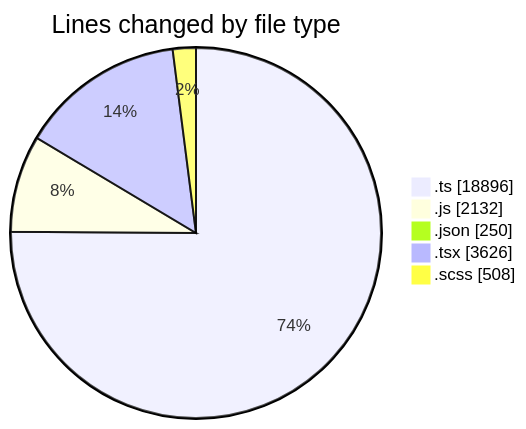
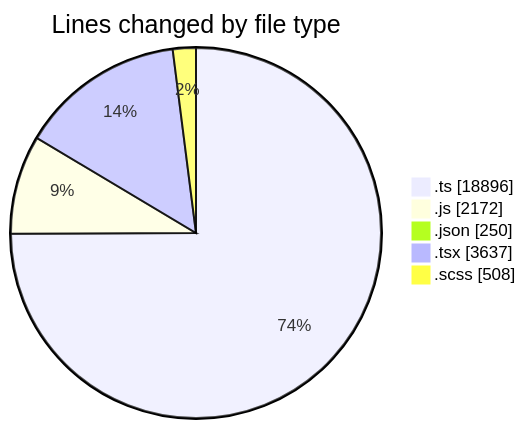
The first of 2 diagrams in 2026-06-18/cda/README.md (momahboobian/code-tracking), drawn with Mermaid before and after one commit. The commit also changed other lines of this file and 1 other file, not shown here.

````diff
--- a/2026-06-18/cda/README.md
+++ b/2026-06-18/cda/README.md
@@ -70,9 +70,9 @@
 ```mermaid
 pie showData
 title Lines changed by file type
 ".ts" : 18896
-".js" : 2132
+".js" : 2172
 ".json" : 250
-".tsx" : 3626
+".tsx" : 3637
 ".scss" : 508
 ```
````
